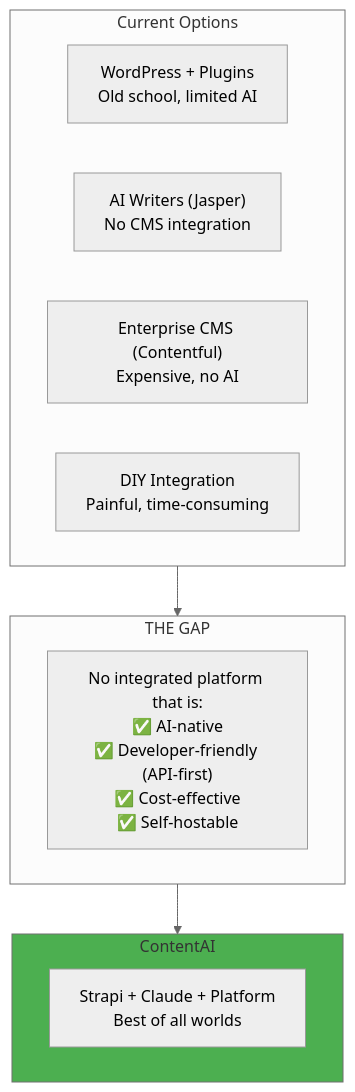
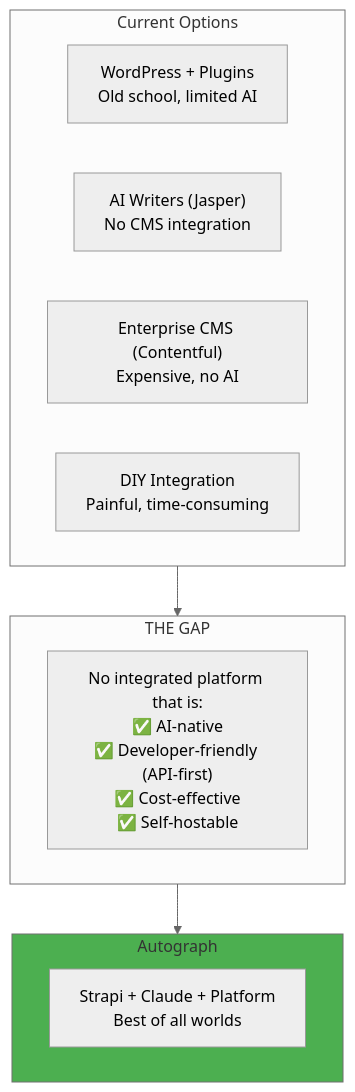
One commit to PearlThoughtsInternship/Internship-Obsidian-Vault changed the second of 6 diagrams in DevOps/01-Product/02-Market-Context.md. Above: the diagram before and after it, drawn with Mermaid (neutral theme). The commit also changed other lines of this file and 8 other files, not shown here.

First line of the commit message:
rebrand: Complete ContentAI → Autograph rename across all docs

````diff
--- a/DevOps/01-Product/02-Market-Context.md
+++ b/DevOps/01-Product/02-Market-Context.md
@@ -65,21 +65,21 @@
 ```mermaid
 flowchart TB
     subgraph Current["Current Options"]
         C1["WordPress + Plugins<br/>Old school, limited AI"]
         C2["AI Writers (Jasper)<br/>No CMS integration"]
         C3["Enterprise CMS (Contentful)<br/>Expensive, no AI"]
         C4["DIY Integration<br/>Painful, time-consuming"]
     end
 
     subgraph Gap["THE GAP"]
         G["No integrated platform that is:<br/>✅ AI-native<br/>✅ Developer-friendly (API-first)<br/>✅ Cost-effective<br/>✅ Self-hostable"]
     end
 
-    subgraph ContentAI["ContentAI"]
+    subgraph Autograph["Autograph"]
         CA["Strapi + Claude + Platform<br/>Best of all worlds"]
     end
 
-    Current --> Gap --> ContentAI
+    Current --> Gap --> Autograph
 
-    style ContentAI fill:#4CAF50
+    style Autograph fill:#4CAF50
 ```
````
